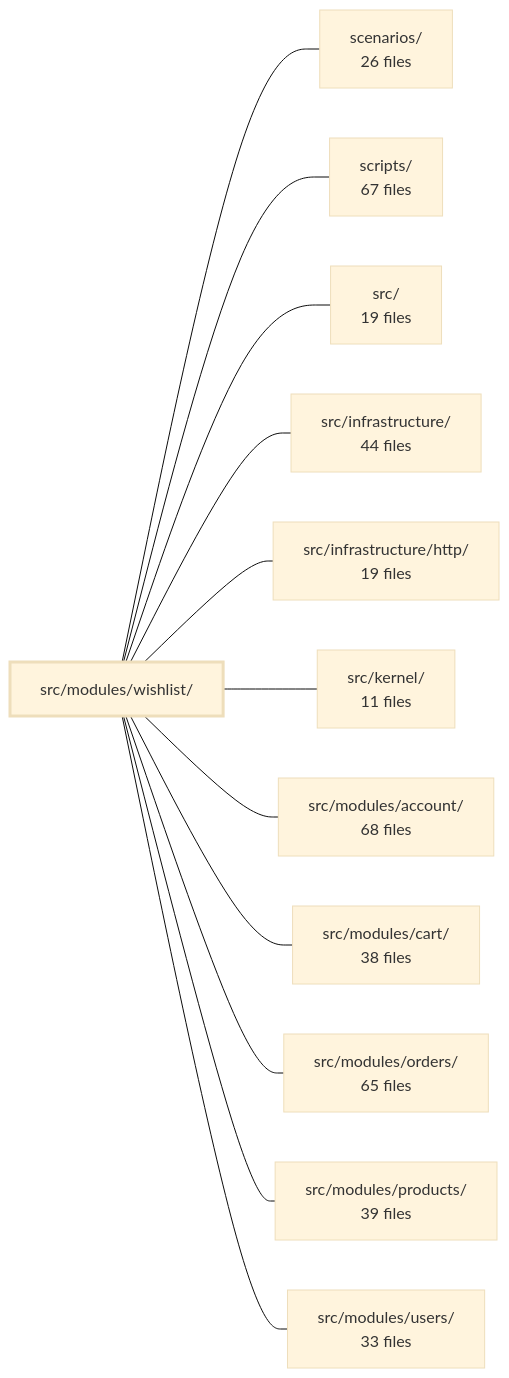
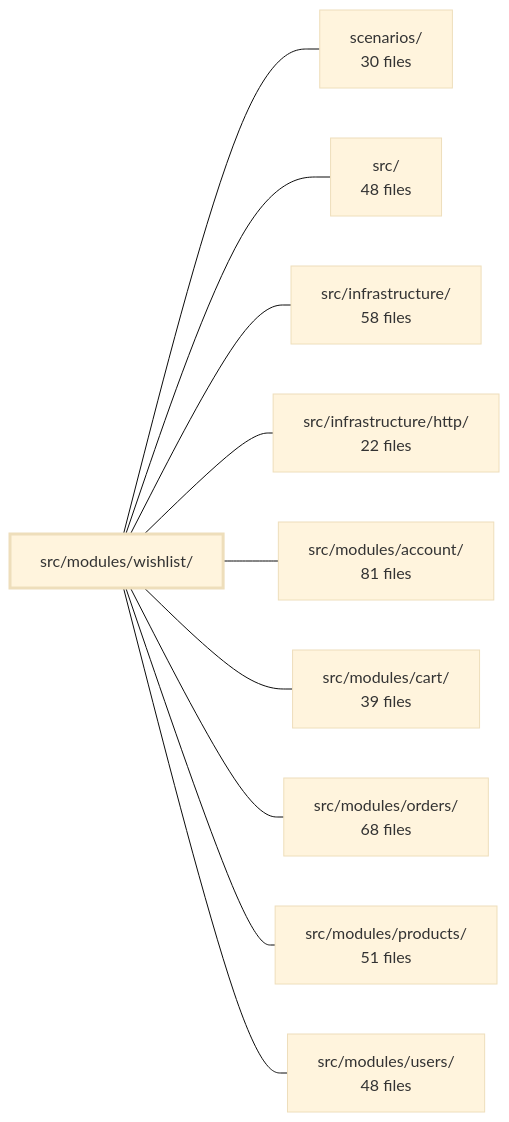
Before and after one commit to Guebbit/boilerplate-node-backend: the diagram in .2brain/modules/boilerplate-node-backend_src_modules_wishlist.md, drawn with Mermaid (base theme). The commit also changed other lines of this file and 187 other files, not shown here.

````diff
--- a/.2brain/modules/boilerplate-node-backend_src_modules_wishlist.md
+++ b/.2brain/modules/boilerplate-node-backend_src_modules_wishlist.md
@@ -41,27 +42,23 @@
 ```mermaid
 flowchart LR
     m_src_modules_wishlist["src/modules/wishlist/"]
-    m_scenarios["scenarios/<br/>26 files"]
-    m_scripts["scripts/<br/>67 files"]
-    m_src["src/<br/>19 files"]
-    m_src_infrastructure["src/infrastructure/<br/>44 files"]
-    m_src_infrastructure_http["src/infrastructure/http/<br/>19 files"]
-    m_src_kernel["src/kernel/<br/>11 files"]
-    m_src_modules_account["src/modules/account/<br/>68 files"]
-    m_src_modules_cart["src/modules/cart/<br/>38 files"]
-    m_src_modules_orders["src/modules/orders/<br/>65 files"]
-    m_src_modules_products["src/modules/products/<br/>39 files"]
-    m_src_modules_users["src/modules/users/<br/>33 files"]
+    m_scenarios["scenarios/<br/>30 files"]
+    m_src["src/<br/>48 files"]
+    m_src_infrastructure["src/infrastructure/<br/>58 files"]
+    m_src_infrastructure_http["src/infrastructure/http/<br/>22 files"]
+    m_src_modules_account["src/modules/account/<br/>81 files"]
+    m_src_modules_cart["src/modules/cart/<br/>39 files"]
+    m_src_modules_orders["src/modules/orders/<br/>68 files"]
+    m_src_modules_products["src/modules/products/<br/>51 files"]
+    m_src_modules_users["src/modules/users/<br/>48 files"]
     m_src_modules_wishlist --- m_scenarios
-    m_src_modules_wishlist --- m_scripts
     m_src_modules_wishlist --- m_src
     m_src_modules_wishlist --- m_src_infrastructure
     m_src_modules_wishlist --- m_src_infrastructure_http
-    m_src_modules_wishlist --- m_src_kernel
     m_src_modules_wishlist --- m_src_modules_account
     m_src_modules_wishlist --- m_src_modules_cart
     m_src_modules_wishlist --- m_src_modules_orders
     m_src_modules_wishlist --- m_src_modules_products
     m_src_modules_wishlist --- m_src_modules_users
     style m_src_modules_wishlist stroke-width:3px
 ```
````
